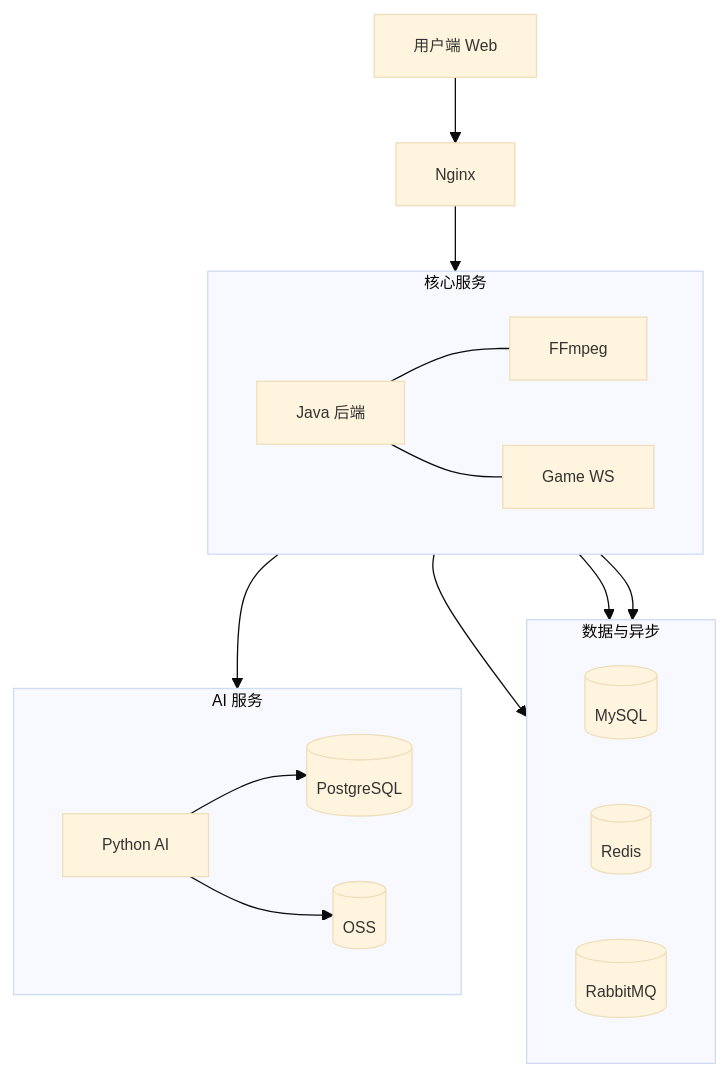
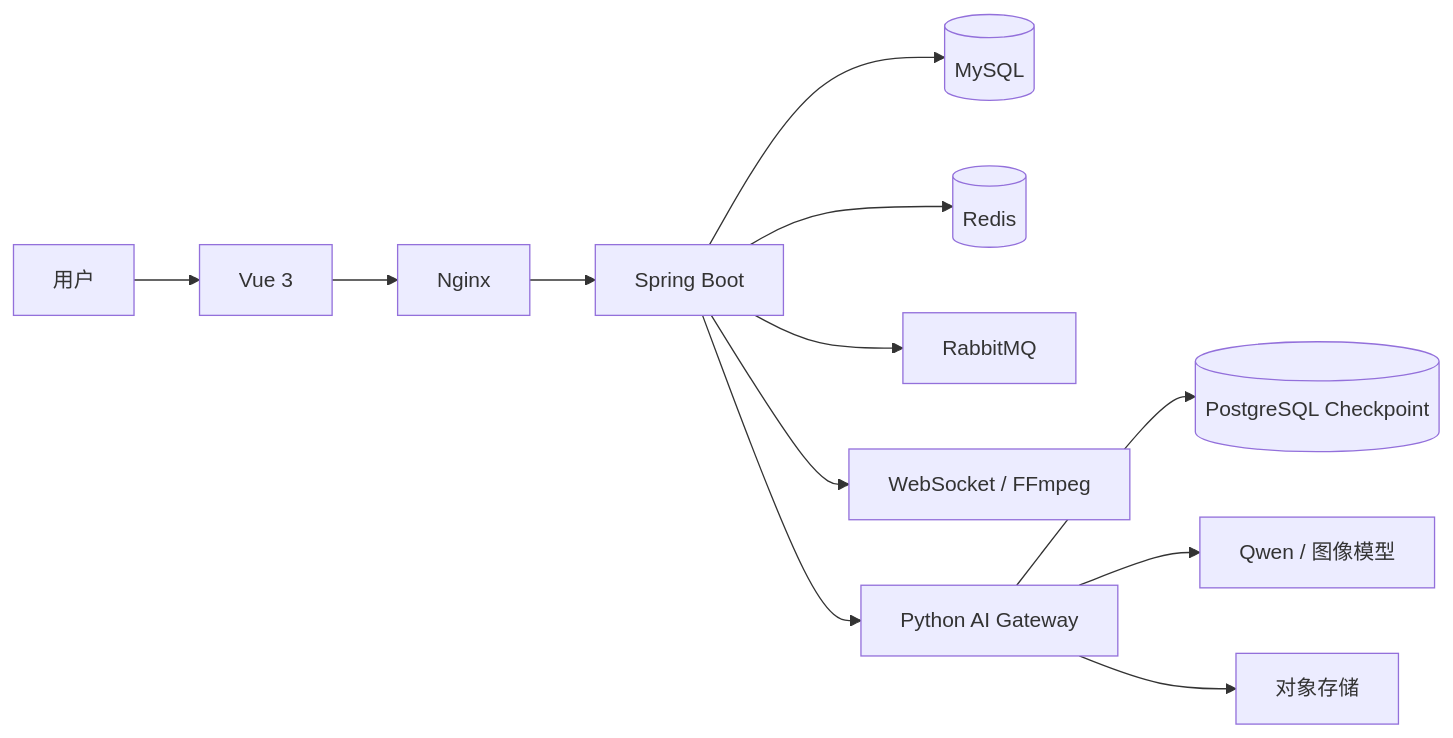
The first of 2 diagrams in README.md (pluchon/mengmeng_forum), drawn with Mermaid before and after one commit. The commit also changed other lines of this file and 14 other files, not shown here.

````diff
--- a/README.md
+++ b/README.md
@@ -95,30 +27,12 @@
 ```mermaid
-%%{init: {'theme':'base', 'themeVariables': {'fontSize':'12px'}}}%%
-flowchart TD
-  U[用户端 Web] --> N[Nginx]
-  N --> J[Java 后端]
-
-  subgraph Core[核心服务]
-    direction LR
-    J --- F[FFmpeg]
-    J --- G[Game WS]
-  end
-
-  subgraph Infrastructure[数据与异步]
-    direction LR
-    M[(MySQL)]
-    R[(Redis)]
-    Q[(RabbitMQ)]
-  end
-
-  subgraph AiService[AI 服务]
-    direction LR
-    P[Python AI] --> PG[(PostgreSQL)]
-    P --> OSS[(OSS)]
-  end
-
-  J --> M
-  J --> R
-  J --> Q
-  J --> P
+flowchart LR
+  U["用户"] --> F["Vue 3"] --> N["Nginx"] --> J["Spring Boot"]
+  J --> M[("MySQL")]
+  J --> R[("Redis")]
+  J --> Q["RabbitMQ"]
+  J --> W["WebSocket / FFmpeg"]
+  J --> A["Python AI Gateway"]
+  A --> P[("PostgreSQL Checkpoint")]
+  A --> L["Qwen / 图像模型"]
+  A --> O["对象存储"]
 ```
````
